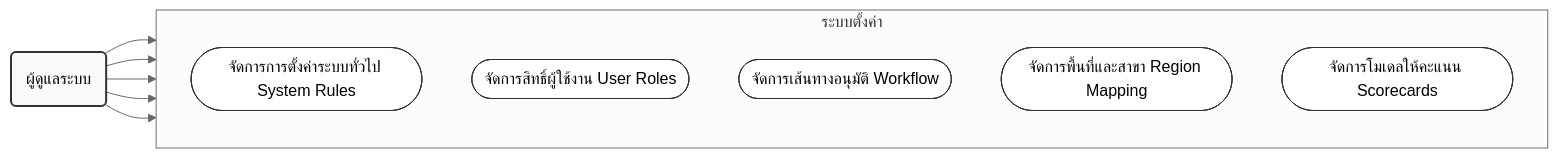
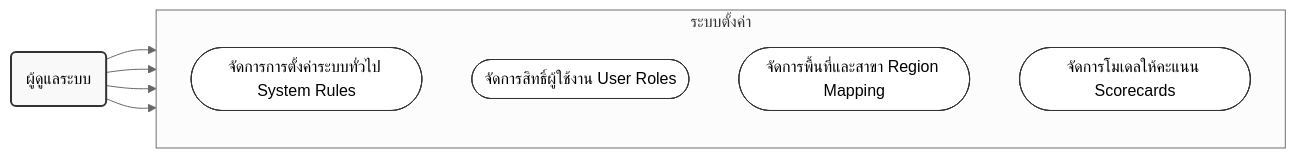
The sixth of 6 diagrams in docs/presentations/use_case_diagram.md (JinnawatJid/iNsightDocs), drawn with Mermaid (neutral theme) before and after one commit.

Commit message:
docs: hide workflow mgmt from use case diagram
- Removed the 'Workflow Management' (จัดการเส้นทางอนุมัติ) node from the System Configuration Use Case diagram.
- This ensures the diagram strictly aligns with the BR.txt documentation, which does not explicitly mandate customizable workflow paths, despite the codebase supporting it structurally in the background.

````diff
--- a/docs/presentations/use_case_diagram.md
+++ b/docs/presentations/use_case_diagram.md
@@ -232,22 +232,20 @@
 ```mermaid
 flowchart LR
     classDef actorStyle fill:#f9f9f9,stroke:#333,stroke-width:2px;
     classDef useCaseStyle fill:#fff,stroke:#333,stroke-width:1px;
 
     Admin(ผู้ดูแลระบบ):::actorStyle
 
     subgraph ConfigSystem [ระบบตั้งค่า]
         direction TB
         UC1([จัดการการตั้งค่าระบบทั่วไป System Rules]):::useCaseStyle
         UC2([จัดการสิทธิ์ผู้ใช้งาน User Roles]):::useCaseStyle
-        UC3([จัดการเส้นทางอนุมัติ Workflow]):::useCaseStyle
-        UC4([จัดการพื้นที่และสาขา Region Mapping]):::useCaseStyle
-        UC5([จัดการโมเดลให้คะแนน Scorecards]):::useCaseStyle
+        UC3([จัดการพื้นที่และสาขา Region Mapping]):::useCaseStyle
+        UC4([จัดการโมเดลให้คะแนน Scorecards]):::useCaseStyle
     end
 
     Admin --> UC1
     Admin --> UC2
     Admin --> UC3
     Admin --> UC4
-    Admin --> UC5
 ```
````
